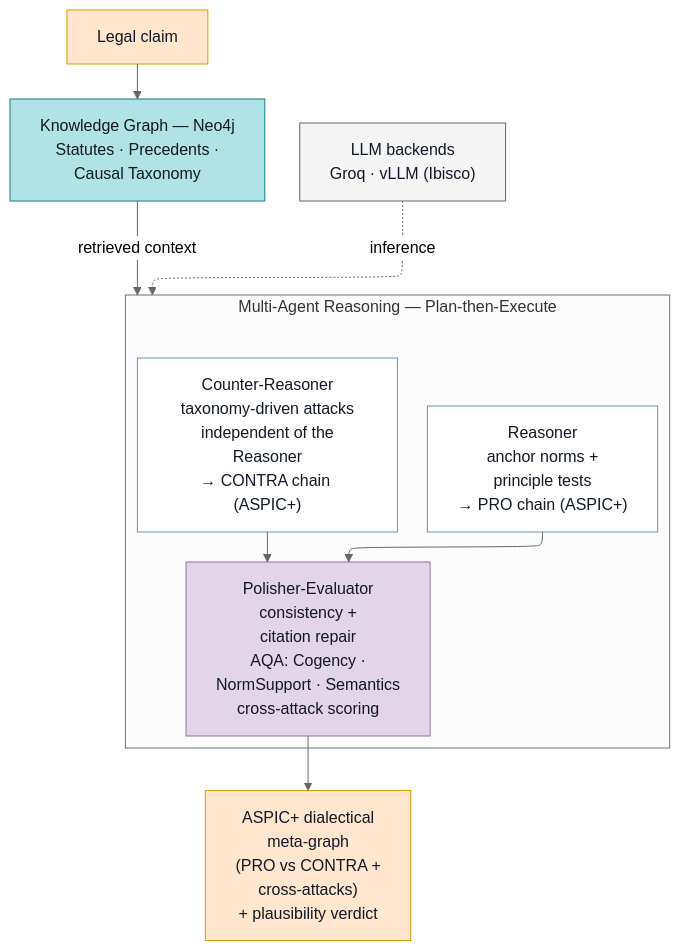
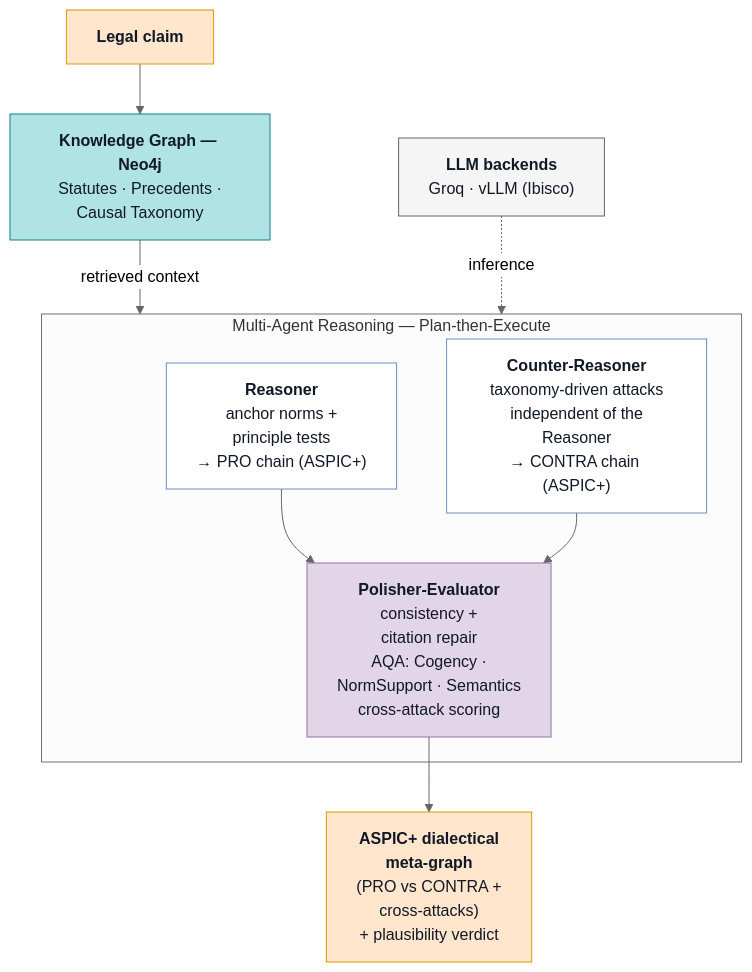
One commit to Leonard2310/LexCausa changed the diagram in assets/lexcausa_architecture.mmd. Above: the diagram before and after it, drawn with Mermaid (neutral theme). The commit also changed 19 other files, not shown here.

```diff
--- a/assets/lexcausa_architecture.mmd
+++ b/assets/lexcausa_architecture.mmd
@@ -1,27 +1,45 @@
-%%{init: {"flowchart": {"defaultRenderer": "elk"}}}%%
 flowchart TB
-  CLAIM["Legal claim"]
-  KG["Knowledge Graph — Neo4j\nStatutes · Precedents ·\nCausal Taxonomy"]
+  CLAIM["`**Legal claim**`"]
+  KG["`**Knowledge Graph — Neo4j**
+Statutes · Precedents ·
+Causal Taxonomy`"]
   subgraph AG["Multi-Agent Reasoning — Plan-then-Execute"]
-    REAS["Reasoner\nanchor norms +\nprinciple tests\n→ PRO chain (ASPIC+)"]
-    POL["Polisher-Evaluator\nconsistency +\ncitation repair\nAQA: Cogency ·\nNormSupport · Semantics\ncross-attack scoring"]
-    CNT["Counter-Reasoner\ntaxonomy-driven attacks\nindependent of the\nReasoner\n→ CONTRA chain (ASPIC+)"]
+    REAS["`**Reasoner**
+anchor norms +
+principle tests
+→ PRO chain (ASPIC+)`"]
+    CNT["`**Counter-Reasoner**
+taxonomy-driven attacks
+independent of the
+Reasoner
+→ CONTRA chain (ASPIC+)`"]
+    POL["`**Polisher-Evaluator**
+consistency +
+citation repair
+AQA: Cogency ·
+NormSupport · Semantics
+cross-attack scoring`"]
     REAS --> POL
     CNT --> POL
   end
-  LLM["LLM backends\nGroq · vLLM (Ibisco)"]
-  OUT["ASPIC+ dialectical\nmeta-graph\n(PRO vs CONTRA +\ncross-attacks)\n+ plausibility verdict"]
+  LLM["`**LLM backends**
+Groq · vLLM (Ibisco)`"]
+  OUT["`**ASPIC+ dialectical
+meta-graph**
+(PRO vs CONTRA +
+cross-attacks)
++ plausibility verdict`"]
   CLAIM --> KG
   KG -->|retrieved context| AG
   POL --> OUT
   LLM -.->|inference| AG
   classDef io fill:#FFE6CC,stroke:#D79B00,color:#111827;
   classDef kg fill:#B0E3E6,stroke:#0E8088,color:#111827;
   classDef ag fill:#FFFFFF,stroke:#6C8EBF,color:#111827;
   classDef pol fill:#E1D5E7,stroke:#9673A6,color:#111827;
   classDef llm fill:#F5F5F5,stroke:#666666,color:#111827;
   class CLAIM,OUT io;
   class KG kg;
   class REAS,CNT ag;
   class POL pol;
   class LLM llm;
```
